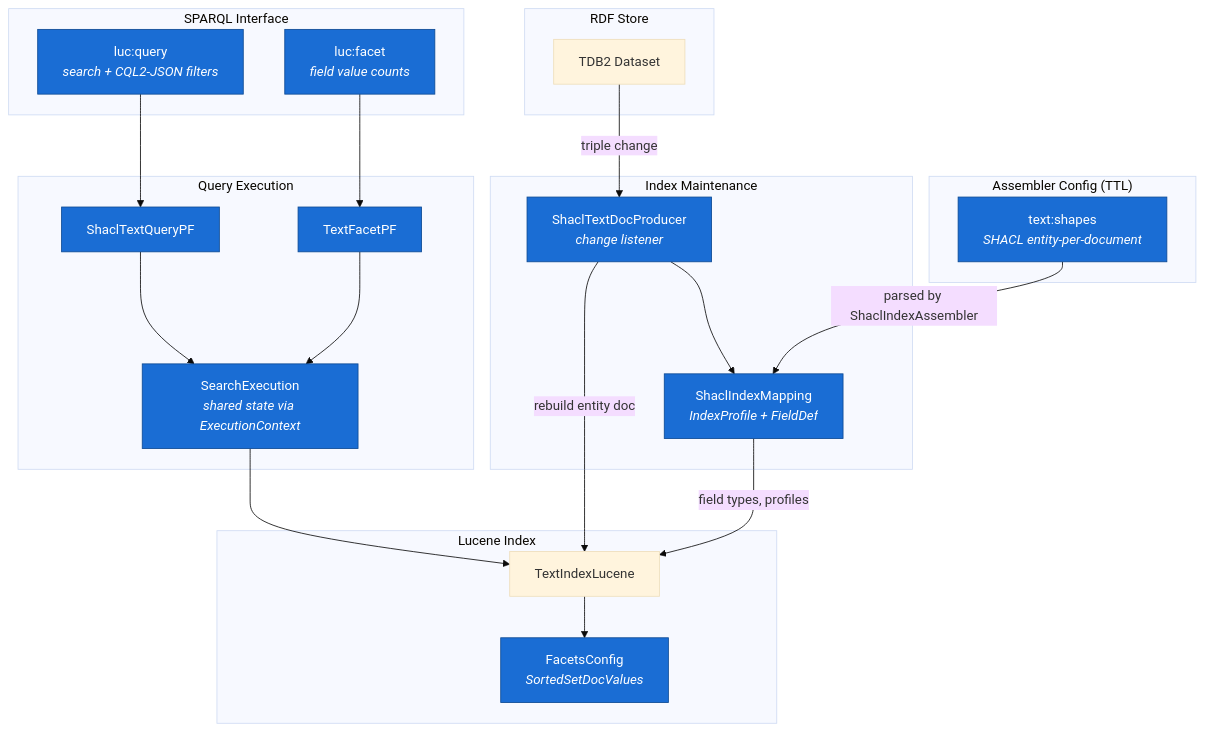
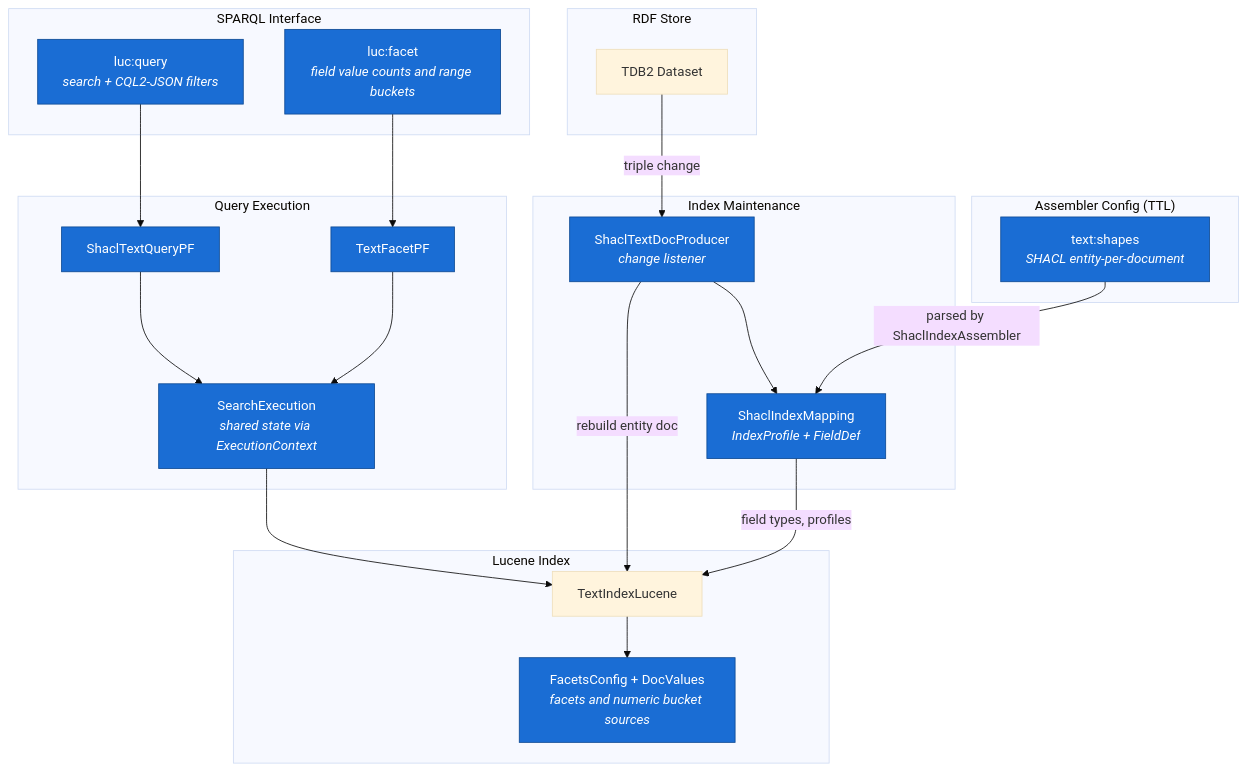
Before and after one commit to Kurrawong/jena: the first of 2 diagrams in docs/README.md, drawn with Mermaid (base theme). The commit also changed other lines of this file and 7 other files, not shown here.

First line of the commit message:
docs: document range facets design on luc:facet

````diff
--- a/docs/README.md
+++ b/docs/README.md
@@ -33,54 +33,54 @@
 ```mermaid
 graph TB
     subgraph SPARQL["SPARQL Interface"]
         LQ["luc:query<br/><i>search + CQL2-JSON filters</i>"]
-        LF["luc:facet<br/><i>field value counts</i>"]
+        LF["luc:facet<br/><i>field value counts and range buckets</i>"]
     end
 
     subgraph Execution["Query Execution"]
         SE["SearchExecution<br/><i>shared state via ExecutionContext</i>"]
         SQP["ShaclTextQueryPF"]
         TFP["TextFacetPF"]
     end
 
     subgraph Index["Lucene Index"]
         TIL["TextIndexLucene"]
-        FC["FacetsConfig<br/><i>SortedSetDocValues</i>"]
+        FC["FacetsConfig + DocValues<br/><i>facets and numeric bucket sources</i>"]
     end
 
     subgraph Indexing["Index Maintenance"]
         STDP["ShaclTextDocProducer<br/><i>change listener</i>"]
         SIM["ShaclIndexMapping<br/><i>IndexProfile + FieldDef</i>"]
     end
 
     subgraph Config["Assembler Config (TTL)"]
         TS["text:shapes<br/><i>SHACL entity-per-document</i>"]
     end
 
     subgraph Store["RDF Store"]
         DS["TDB2 Dataset"]
     end
 
     LQ --> SQP
     LF --> TFP
     SQP --> SE
     TFP --> SE
     SE --> TIL
     TIL --> FC
 
     DS -- "triple change" --> STDP
     STDP --> SIM
     STDP -- "rebuild entity doc" --> TIL
     SIM -- "field types, profiles" --> TIL
 
     TS -- "parsed by ShaclIndexAssembler" --> SIM
     style LQ fill:#1a6dd4,stroke:#0d4a94,color:#fff
     style LF fill:#1a6dd4,stroke:#0d4a94,color:#fff
     style SQP fill:#1a6dd4,stroke:#0d4a94,color:#fff
     style TFP fill:#1a6dd4,stroke:#0d4a94,color:#fff
     style SE fill:#1a6dd4,stroke:#0d4a94,color:#fff
     style STDP fill:#1a6dd4,stroke:#0d4a94,color:#fff
     style SIM fill:#1a6dd4,stroke:#0d4a94,color:#fff
     style TS fill:#1a6dd4,stroke:#0d4a94,color:#fff
     style FC fill:#1a6dd4,stroke:#0d4a94,color:#fff
 ```
````
